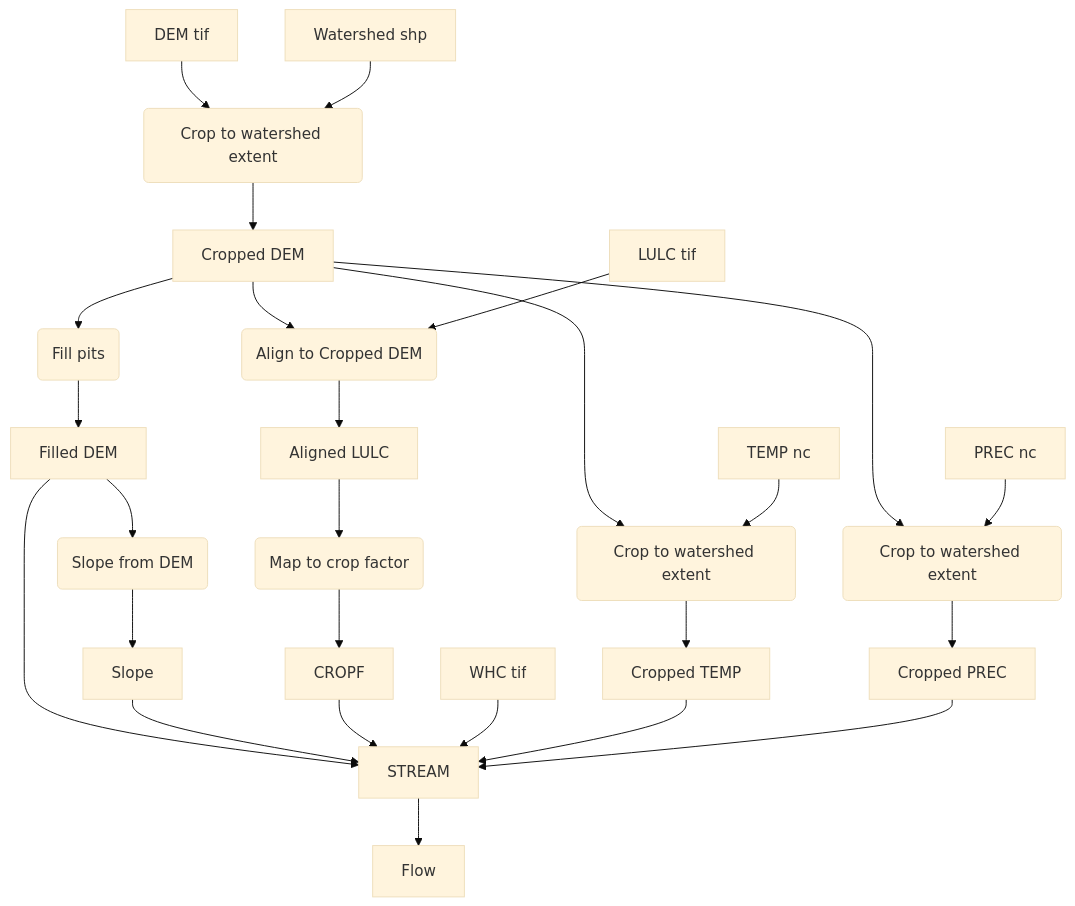
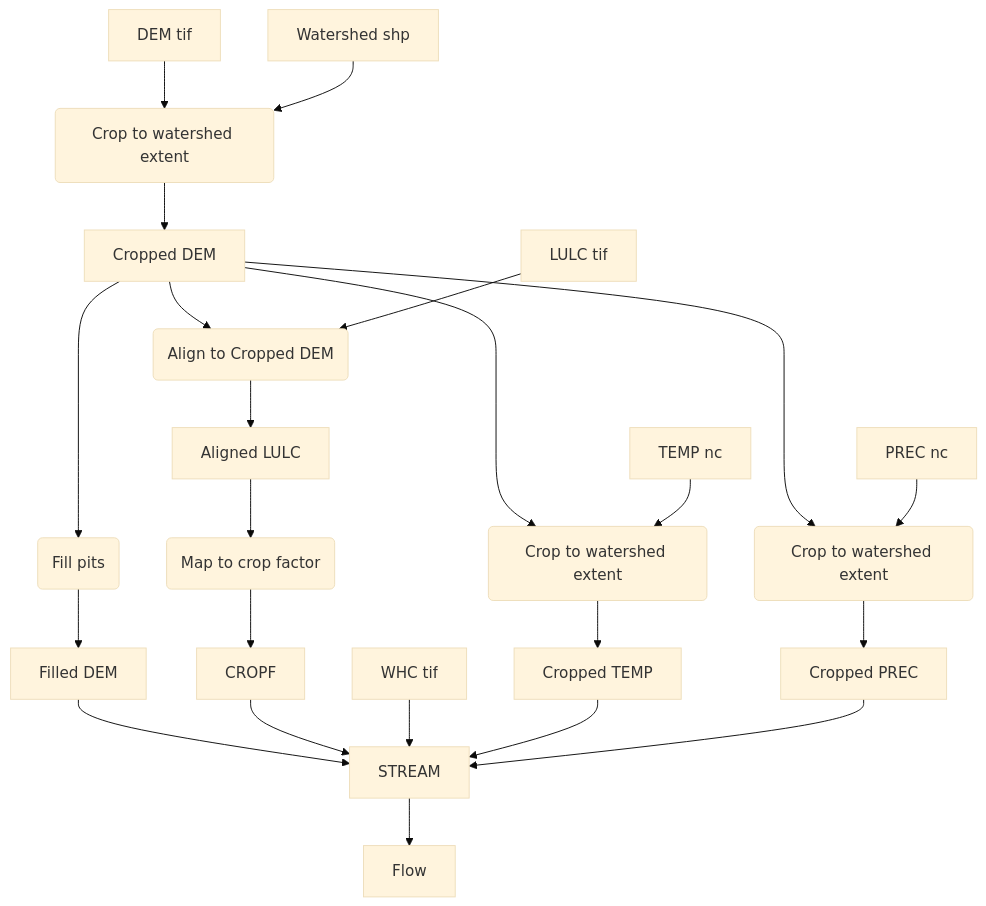
Before and after one commit to martibosch/pystream-example: the diagram in analysis-dag.md, drawn with Mermaid (base theme).

Commit message:
dropped slope step

````diff
--- a/analysis-dag.md
+++ b/analysis-dag.md
@@ -7,35 +7,31 @@
 ```mermaid
 graph TD
 DEM[DEM tif] --> CROP(Crop to watershed extent);
 WSHED[Watershed shp] --> CROP;
 CROP --> DEMC[Cropped DEM];
 
 DEMC --> ALIGNL(Align to Cropped DEM);
 LULC[LULC tif] --> ALIGNL;
 ALIGNL --> LULCA[Aligned LULC];
 
 LULCA --> MAPC(Map to crop factor);
 MAPC --> CROPF[CROPF];
 
 DEMC --> CROPT(Crop to watershed extent);
 TEMP[TEMP nc] --> CROPT;
 CROPT --> TEMPA[Cropped TEMP];
 
 DEMC --> CROPP(Crop to watershed extent);
 PREC[PREC nc] --> CROPP;
 CROPP --> PRECA[Cropped PREC];
 
 DEMC --> FILL(Fill pits);
 FILL --> DEMF[Filled DEM];
 
-DEMF --> SLOPEF(Slope from DEM);
-SLOPEF --> SLOPE[Slope];
-
 DEMF --> STREAM[STREAM];
-SLOPE --> STREAM;
 CROPF --> STREAM;
 WHC[WHC tif] --> STREAM;
 TEMPA --> STREAM;
 PRECA --> STREAM;
 STREAM --> FLOW[Flow];
 ```
````
